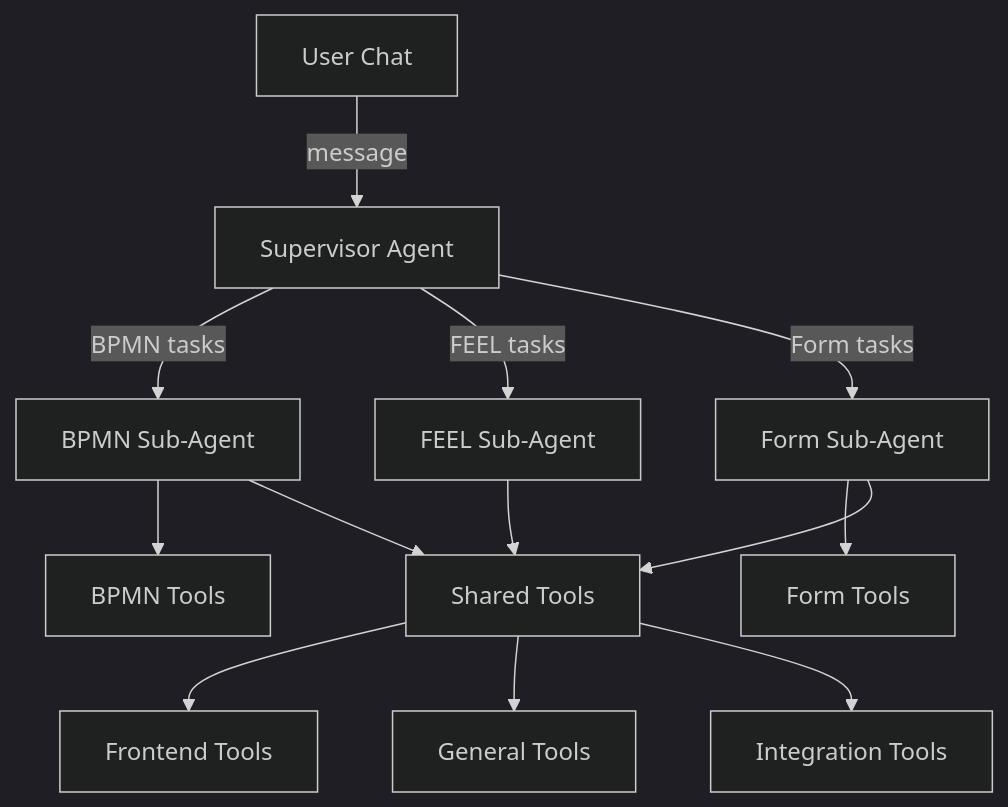
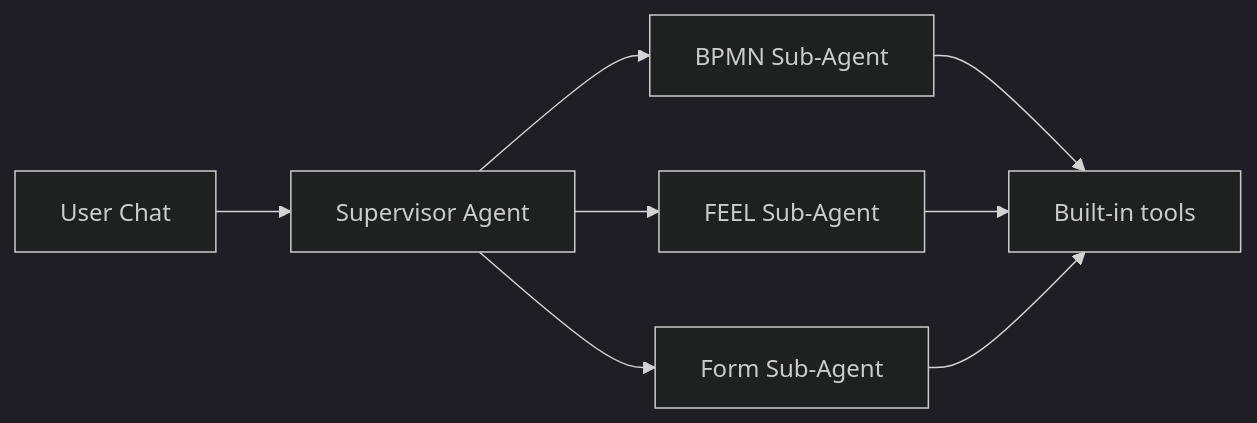
One commit to camunda/camunda-docs changed the diagram in docs/components/modeler/web-modeler/copilot/copilot-overview.md. Above: the diagram before and after it, drawn with Mermaid (dark theme). The commit also changed other lines of this file and 1 other file, not shown here.

````diff
--- a/docs/components/modeler/web-modeler/copilot/copilot-overview.md
+++ b/docs/components/modeler/web-modeler/copilot/copilot-overview.md
@@ -36,15 +35,10 @@
 ```mermaid
-flowchart TD
-    User["User Chat"] -->|"message"| Supervisor["Supervisor Agent"]
-    Supervisor -->|"BPMN tasks"| BpmnAgent["BPMN Sub-Agent"]
-    Supervisor -->|"FEEL tasks"| FeelAgent["FEEL Sub-Agent"]
-    Supervisor -->|"Form tasks"| FormAgent["Form Sub-Agent"]
-    BpmnAgent --> BpmnTools["BPMN Tools"]
-    FormAgent --> FormToolsBox["Form Tools"]
-    FeelAgent --> SharedTools["Shared Tools"]
-    BpmnAgent --> SharedTools
-    FormAgent --> SharedTools
-    SharedTools --> FrontendTools["Frontend Tools"]
-    SharedTools --> GeneralTools["General Tools"]
-    SharedTools --> IntegrationTools["Integration Tools"]
+flowchart LR
+  User["User Chat"] --> Supervisor["Supervisor Agent"]
+  Supervisor --> BpmnAgent["BPMN Sub-Agent"]
+  Supervisor --> FeelAgent["FEEL Sub-Agent"]
+  Supervisor --> FormAgent["Form Sub-Agent"]
+  BpmnAgent --> Tools["Built-in tools"]
+  FeelAgent --> Tools
+  FormAgent --> Tools
 ```
````
